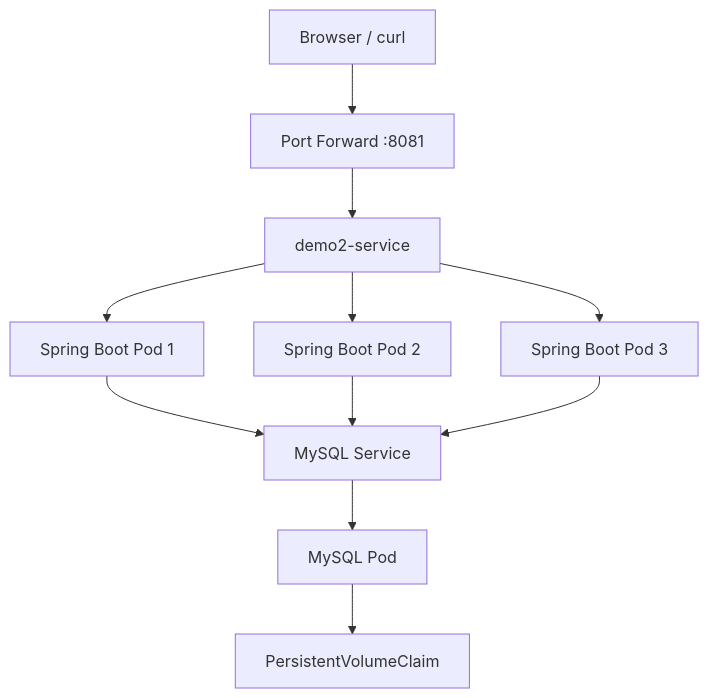
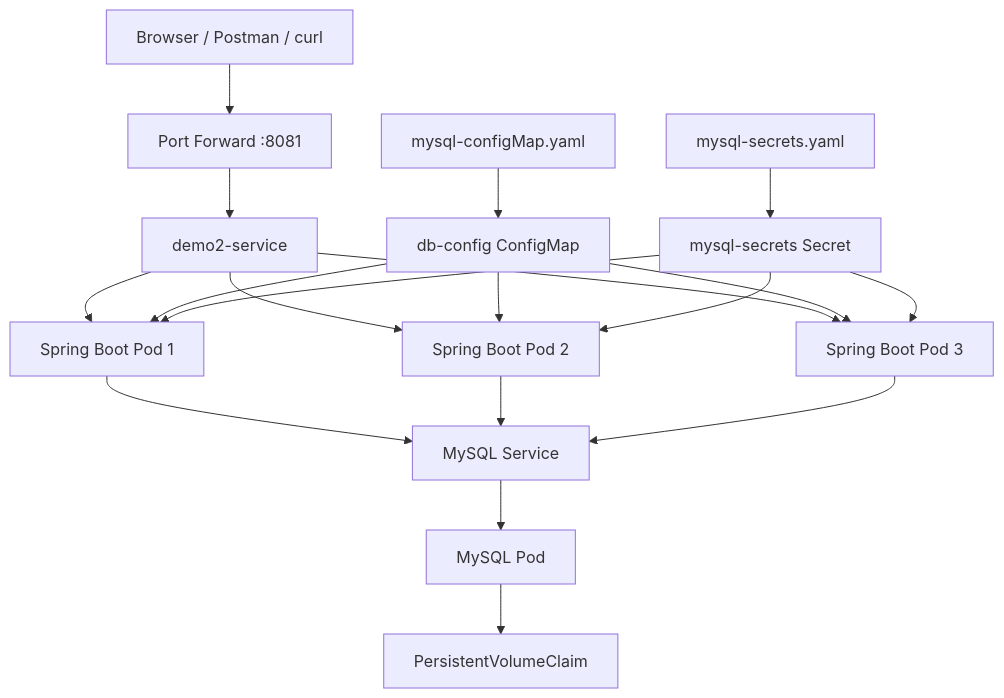
The diagram in README.md (Saralla-Rohit/demo2), drawn with Mermaid before and after one commit. The commit also changed other lines of this file, not shown here.

Commit message:
updated the readme with secrets setup and dbconfig setup

````diff
--- a/README.md
+++ b/README.md
@@ -7,13 +7,25 @@
 ```mermaid
 flowchart TD
-    A["Browser / curl"] --> B["Port Forward :8081"]
+    A["Browser / Postman / curl"] --> B["Port Forward :8081"]
     B --> C["demo2-service"]
     C --> D["Spring Boot Pod 1"]
     C --> E["Spring Boot Pod 2"]
     C --> F["Spring Boot Pod 3"]
+
     D --> G["MySQL Service"]
     E --> G
     F --> G
+
     G --> H["MySQL Pod"]
     H --> I["PersistentVolumeClaim"]
+
+    J["mysql-configMap.yaml"] --> K["db-config ConfigMap"]
+    L["mysql-secrets.yaml"] --> M["mysql-secrets Secret"]
+
+    K --> D
+    K --> E
+    K --> F
+    M --> D
+    M --> E
+    M --> F
 ```
````
